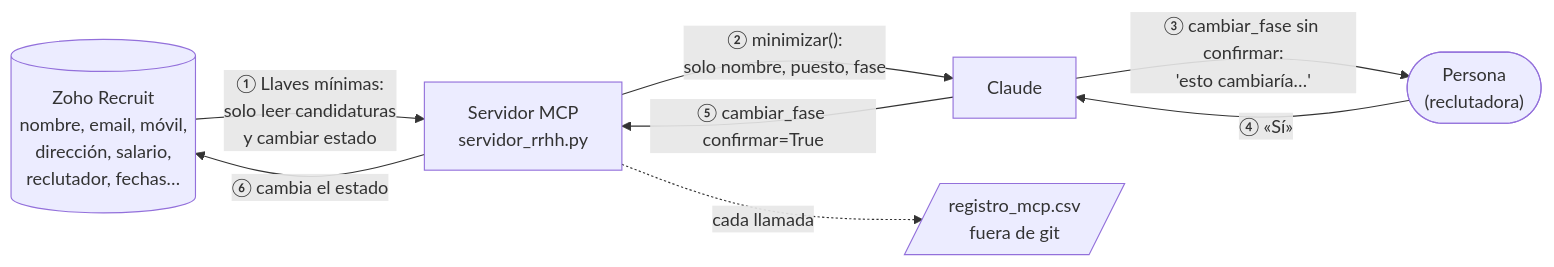
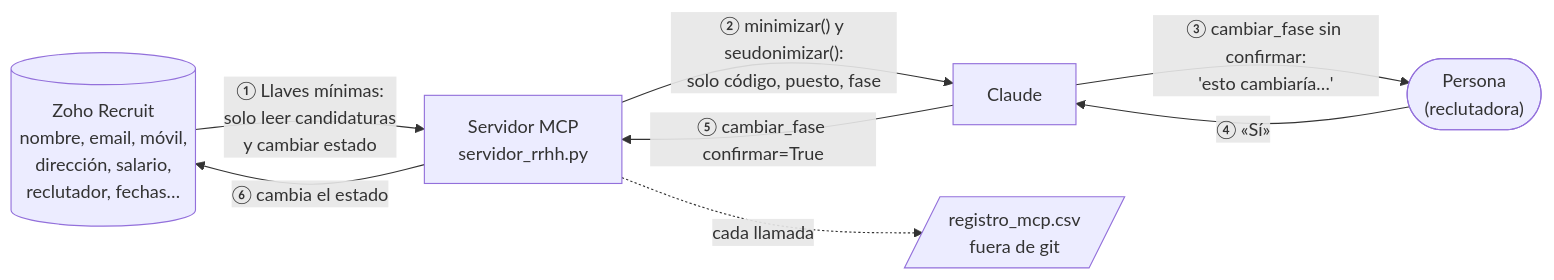
One commit to dmcovac/mcp-rrhh changed the diagram in README.md. Above: the diagram before and after it, drawn with Mermaid. The commit also changed other lines of this file and 3 other files, not shown here.

````diff
--- a/README.md
+++ b/README.md
@@ -34,16 +43,16 @@
 ```mermaid
 flowchart LR
     Z[("Zoho Recruit<br/>nombre, email, móvil,<br/>dirección, salario,<br/>reclutador, fechas…")]
     S["Servidor MCP<br/>servidor_rrhh.py"]
     IA["Claude"]
     P(["Persona<br/>(reclutadora)"])
     R[/"registro_mcp.csv<br/>fuera de git"/]
 
     Z -- "① Llaves mínimas:<br/>solo leer candidaturas<br/>y cambiar estado" --> S
-    S -- "② minimizar():<br/>solo nombre, puesto, fase" --> IA
+    S -- "② minimizar() y seudonimizar():<br/>solo código, puesto, fase" --> IA
     IA -- "③ cambiar_fase sin confirmar:<br/>'esto cambiaría…'" --> P
     P -- "④ «Sí»" --> IA
     IA -- "⑤ cambiar_fase confirmar=True" --> S
     S -- "⑥ cambia el estado" --> Z
     S -. "cada llamada" .-> R
 ```
````
